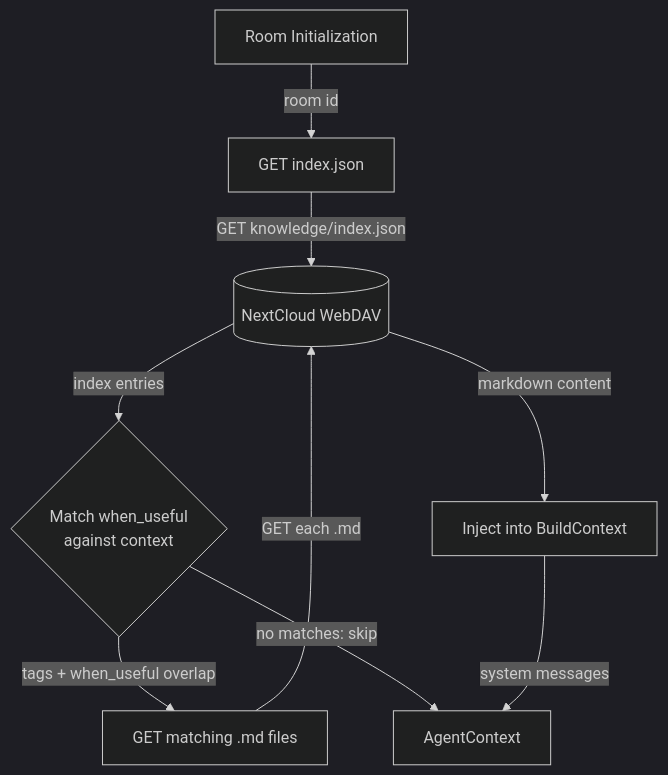
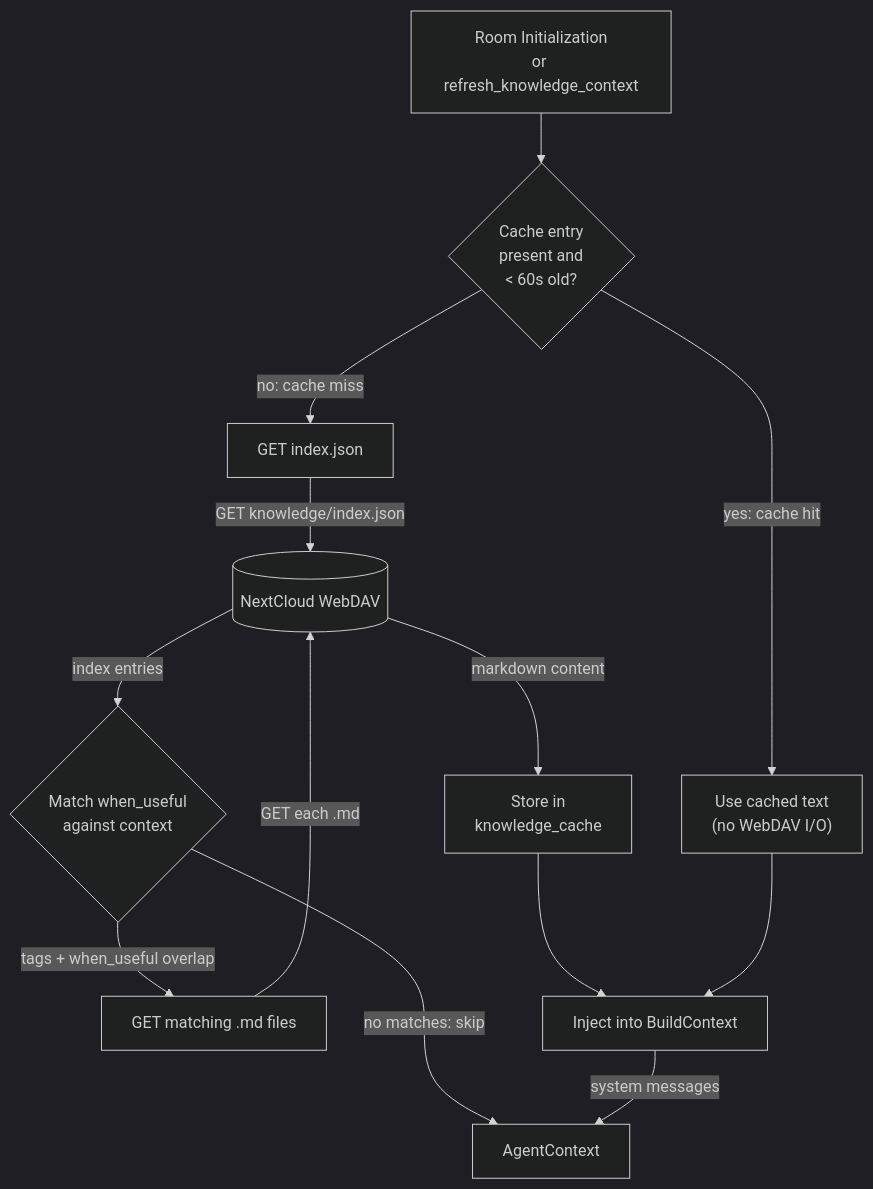
Before and after one commit to cosmoswafer/rockbot: the second of 5 diagrams in _dfd/knowledge/knowledge.md, drawn with Mermaid (dark theme). The commit also changed other lines of this file and 8 other files, not shown here.

First line of the commit message:
perf: add knowledge cache TTL, optimize JSON byte counting, add reference_image_key for image editing

````diff
--- a/_dfd/knowledge/knowledge.md
+++ b/_dfd/knowledge/knowledge.md
@@ -87,19 +93,26 @@
 ```mermaid
 flowchart TD
-    INIT[Room Initialization]
+    INIT[Room Initialization<br/>or refresh_knowledge_context]
+    CACHE_CHECK{Cache entry<br/>present and<br/>< 60s old?}
+    CACHE_HIT["Use cached text<br/>(no WebDAV I/O)"]
     GET_IDX[GET index.json]
     DAV[(NextCloud WebDAV)]
     MATCH{Match when_useful<br/>against context}
     LOAD_MD[GET matching .md files]
+    CACHE_STORE["Store in<br/>knowledge_cache"]
     INJECT[Inject into BuildContext]
     CTX[AgentContext]
 
-    INIT -->|"room id"| GET_IDX
+    INIT --> CACHE_CHECK
+    CACHE_CHECK -->|"yes: cache hit"| CACHE_HIT
+    CACHE_CHECK -->|"no: cache miss"| GET_IDX
     GET_IDX -->|"GET knowledge/index.json"| DAV
     DAV -->|"index entries"| MATCH
     MATCH -->|"tags + when_useful overlap"| LOAD_MD
     MATCH -->|"no matches: skip"| CTX
     LOAD_MD -->|"GET each .md"| DAV
-    DAV -->|"markdown content"| INJECT
+    DAV -->|"markdown content"| CACHE_STORE
+    CACHE_STORE --> INJECT
+    CACHE_HIT --> INJECT
     INJECT -->|"system messages"| CTX
 ```
````
